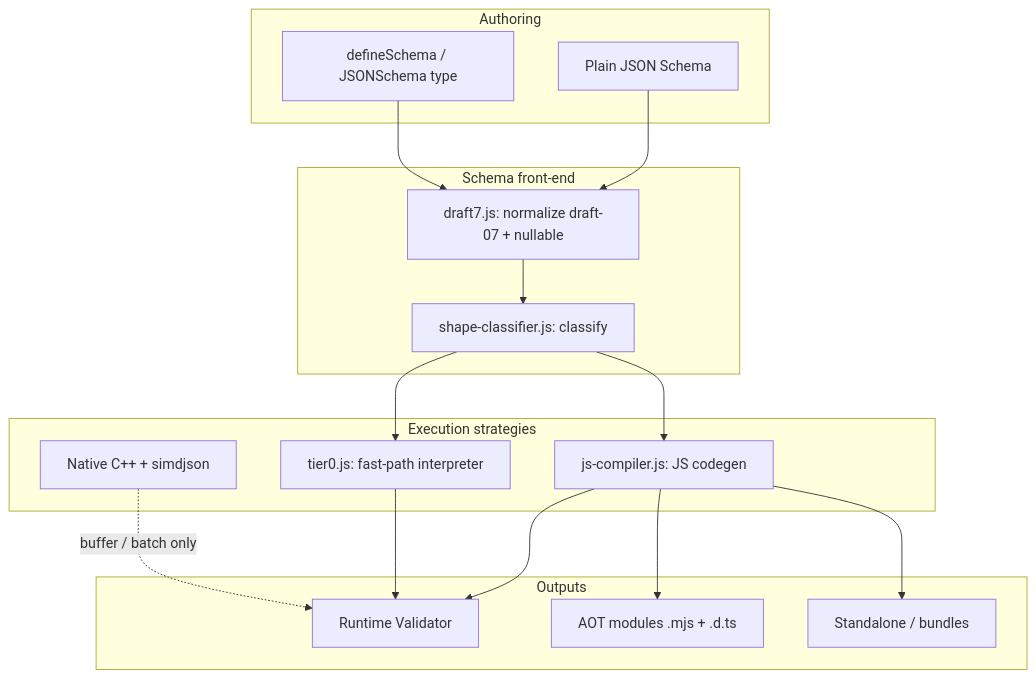
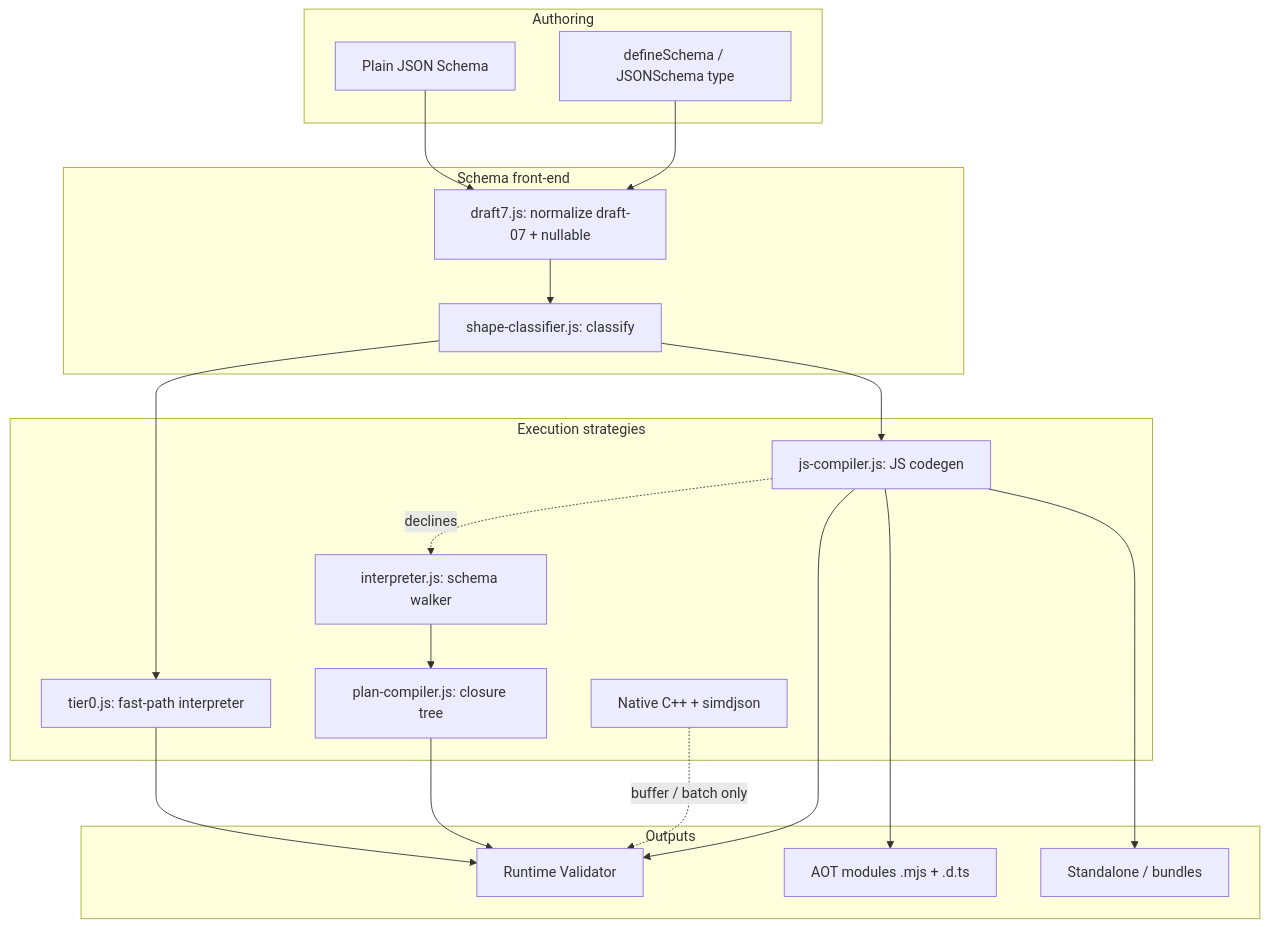
Before and after one commit to ata-core/ata-validator: the first of 6 diagrams in ARCHITECTURE.md, drawn with Mermaid. The commit also changed other lines of this file and 4 other files, not shown here.

````diff
--- a/ARCHITECTURE.md
+++ b/ARCHITECTURE.md
@@ -26,35 +30,40 @@
 ```mermaid
 flowchart TD
   subgraph Authoring
     JS[Plain JSON Schema]
     DEF[defineSchema / JSONSchema type]
   end
 
   subgraph Frontend["Schema front-end"]
     NORM[draft7.js: normalize draft-07 + nullable]
     CLS[shape-classifier.js: classify]
   end
 
   subgraph Strategies["Execution strategies"]
     T0[tier0.js: fast-path interpreter]
     CG[js-compiler.js: JS codegen]
+    INT[interpreter.js: schema walker]
+    PC[plan-compiler.js: closure tree]
     NAT[Native C++ + simdjson]
   end
 
   subgraph Output["Outputs"]
     RT[Runtime Validator]
     AOT[AOT modules .mjs + .d.ts]
     STD[Standalone / bundles]
   end
 
   JS --> NORM
   DEF --> NORM
   NORM --> CLS
   CLS --> T0
   CLS --> CG
+  CG -. declines .-> INT
+  INT --> PC
+  PC --> RT
   CG --> RT
   CG --> AOT
   CG --> STD
   T0 --> RT
   NAT -. buffer / batch only .-> RT
 ```
````
